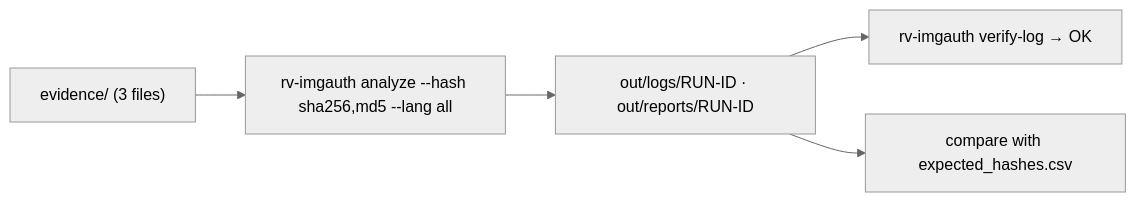
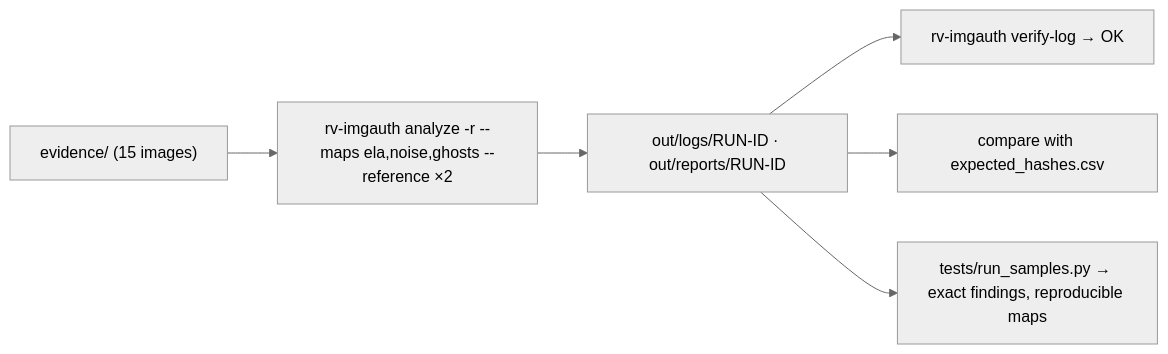
The diagram in examples/README.md (Panacota96/rv-imgauth), drawn with Mermaid (neutral theme) before and after one commit. The commit also changed other lines of this file and 39 other files, not shown here.

````diff
--- a/examples/README.md
+++ b/examples/README.md
@@ -15,7 +37,8 @@
 ```mermaid
 flowchart LR
-    E["evidence/ (3 files)"] --> S["rv-imgauth analyze --hash sha256,md5 --lang all"]
+    E["evidence/ (15 images)"] --> S["rv-imgauth analyze -r --maps ela,noise,ghosts --reference ×2"]
     S --> O["out/logs/RUN-ID · out/reports/RUN-ID"]
     O --> V["rv-imgauth verify-log → OK"]
     O --> C["compare with expected_hashes.csv"]
+    O --> F["tests/run_samples.py → exact findings, reproducible maps"]
 ```
````
